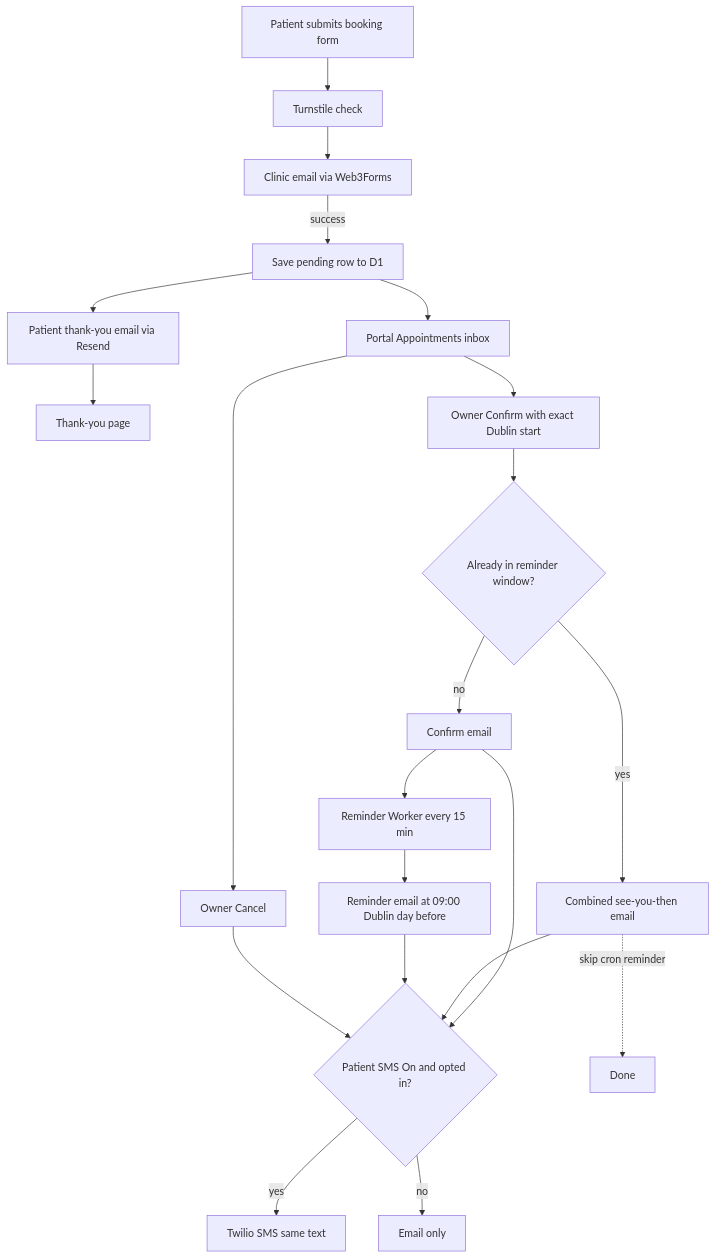
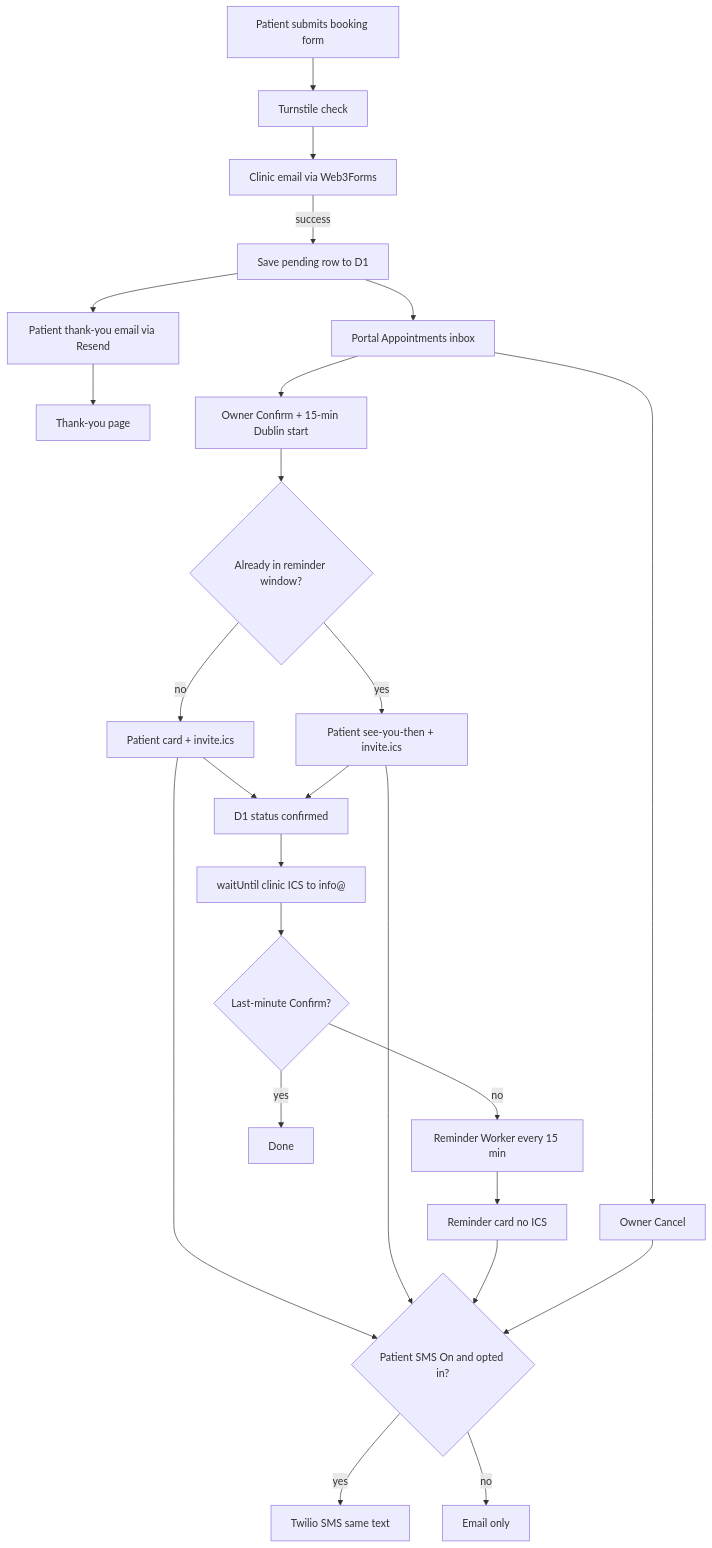
Before and after one commit to hbacalso1229/wellness-needles: the diagram in docs/PORTAL.md, drawn with Mermaid. The commit also changed other lines of this file and 24 other files, not shown here.

Commit message:
patient email confirmation uodates

````diff
--- a/docs/PORTAL.md
+++ b/docs/PORTAL.md
@@ -62,36 +64,40 @@
 ```mermaid
 flowchart TD
   patient[Patient submits booking form]
   captcha[Turnstile check]
   clinicEmail[Clinic email via Web3Forms]
   persist[Save pending row to D1]
   thankYou[Patient thank-you email via Resend]
   page[Thank-you page]
   inbox[Portal Appointments inbox]
-  confirm[Owner Confirm with exact Dublin start]
+  confirm[Owner Confirm + 15-min Dublin start]
   cancel[Owner Cancel]
   combined{Already in reminder window?}
-  confirmMail[Confirm email]
-  combinedMail[Combined see-you-then email]
+  confirmMail[Patient card + invite.ics]
+  combinedMail[Patient see-you-then + invite.ics]
+  saveD1[D1 status confirmed]
+  clinicCopy[waitUntil clinic ICS to info@]
   cron[Reminder Worker every 15 min]
-  remindMail[Reminder email at 09:00 Dublin day before]
+  remindMail[Reminder card no ICS]
   smsGate{Patient SMS On and opted in?}
 
   patient --> captcha --> clinicEmail
   clinicEmail -->|success| persist
   persist --> thankYou --> page
   persist --> inbox
   inbox --> confirm
   inbox --> cancel
   confirm --> combined
-  combined -->|no| confirmMail
-  combined -->|yes| combinedMail
-  confirmMail --> cron --> remindMail
-  combinedMail -.->|skip cron reminder| done[Done]
+  combined -->|no| confirmMail --> saveD1
+  combined -->|yes| combinedMail --> saveD1
+  saveD1 --> clinicCopy
+  clinicCopy --> afterConfirm{Last-minute Confirm?}
+  afterConfirm -->|no| cron --> remindMail
+  afterConfirm -->|yes| done[Done]
   confirmMail --> smsGate
   combinedMail --> smsGate
   remindMail --> smsGate
   cancel --> smsGate
   smsGate -->|yes| twilio[Twilio SMS same text]
   smsGate -->|no| emailOnly[Email only]
 ```
````
